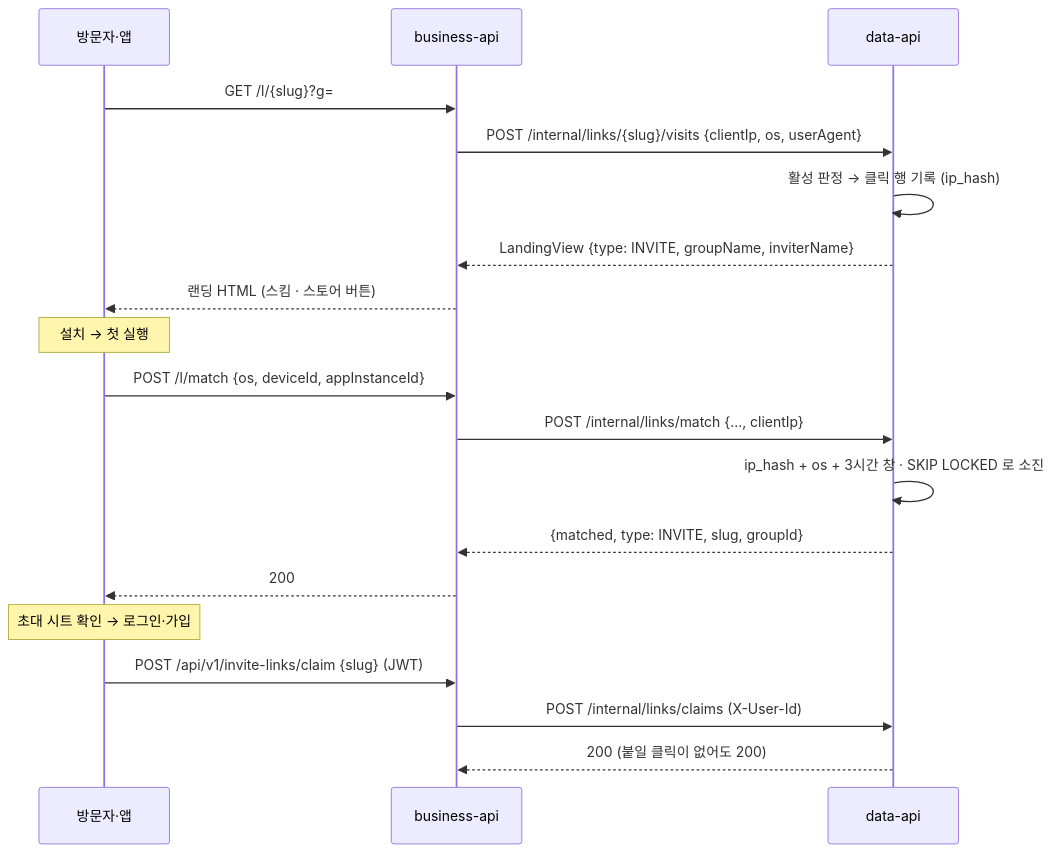
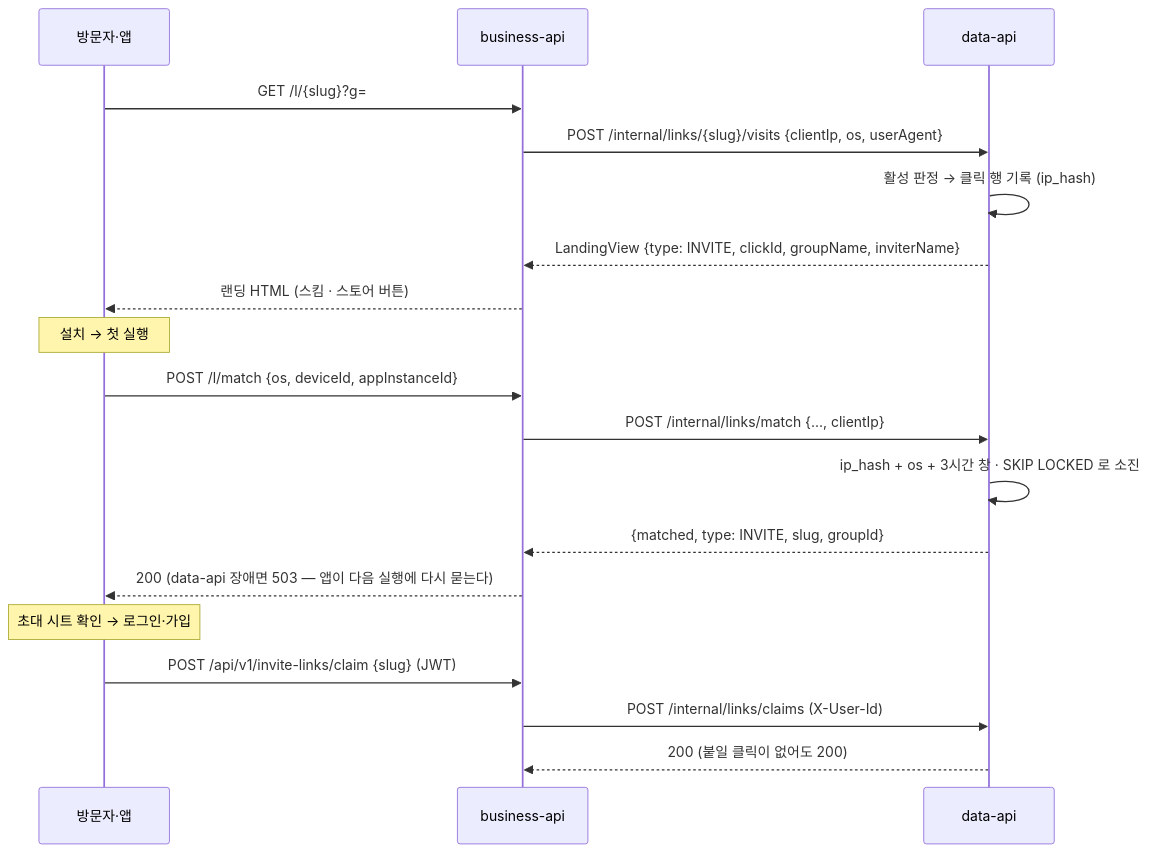
One commit to OneOrThree/phone changed the second of 4 diagrams in docs/prd/link-attribution/high-level-design.md. Above: the diagram before and after it, drawn with Mermaid. The commit also changed other lines of this file and 4 other files, not shown here.

````diff
--- a/docs/prd/link-attribution/high-level-design.md
+++ b/docs/prd/link-attribution/high-level-design.md
@@ -55,21 +55,21 @@
 ```mermaid
 sequenceDiagram
   participant U as 방문자·앱
   participant B as business-api
   participant D as data-api
   U->>B: GET /l/{slug}?g=
   B->>D: POST /internal/links/{slug}/visits {clientIp, os, userAgent}
   D->>D: 활성 판정 → 클릭 행 기록 (ip_hash)
-  D-->>B: LandingView {type: INVITE, groupName, inviterName}
+  D-->>B: LandingView {type: INVITE, clickId, groupName, inviterName}
   B-->>U: 랜딩 HTML (스킴 · 스토어 버튼)
   Note over U: 설치 → 첫 실행
   U->>B: POST /l/match {os, deviceId, appInstanceId}
   B->>D: POST /internal/links/match {…, clientIp}
   D->>D: ip_hash + os + 3시간 창 · SKIP LOCKED 로 소진
   D-->>B: {matched, type: INVITE, slug, groupId}
-  B-->>U: 200
+  B-->>U: 200 (data-api 장애면 503 — 앱이 다음 실행에 다시 묻는다)
   Note over U: 초대 시트 확인 → 로그인·가입
   U->>B: POST /api/v1/invite-links/claim {slug} (JWT)
   B->>D: POST /internal/links/claims (X-User-Id)
   D-->>B: 200 (붙일 클릭이 없어도 200)
 ```
````
